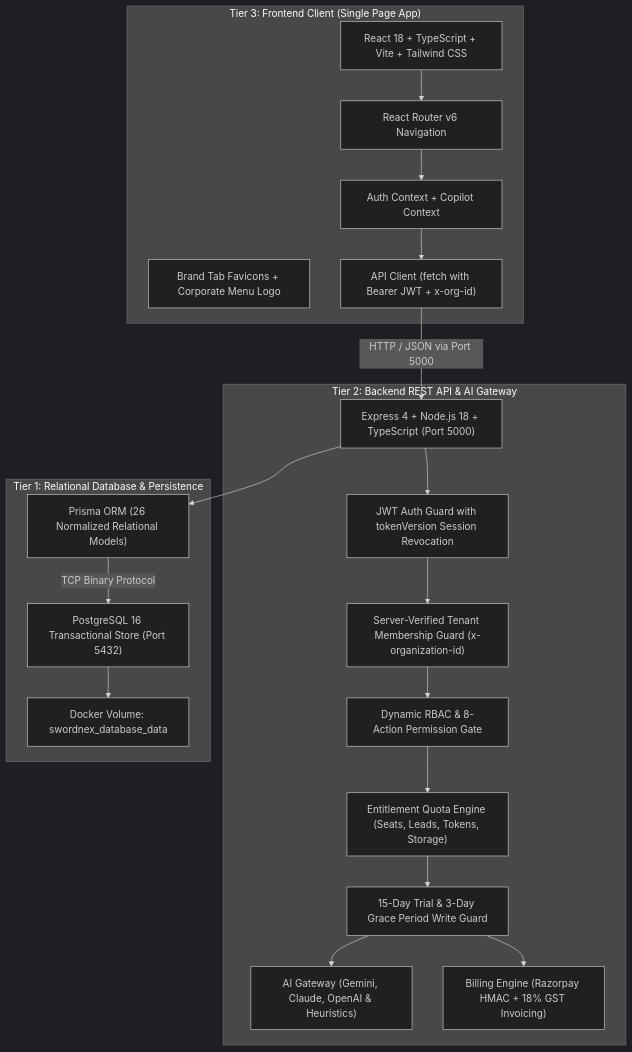
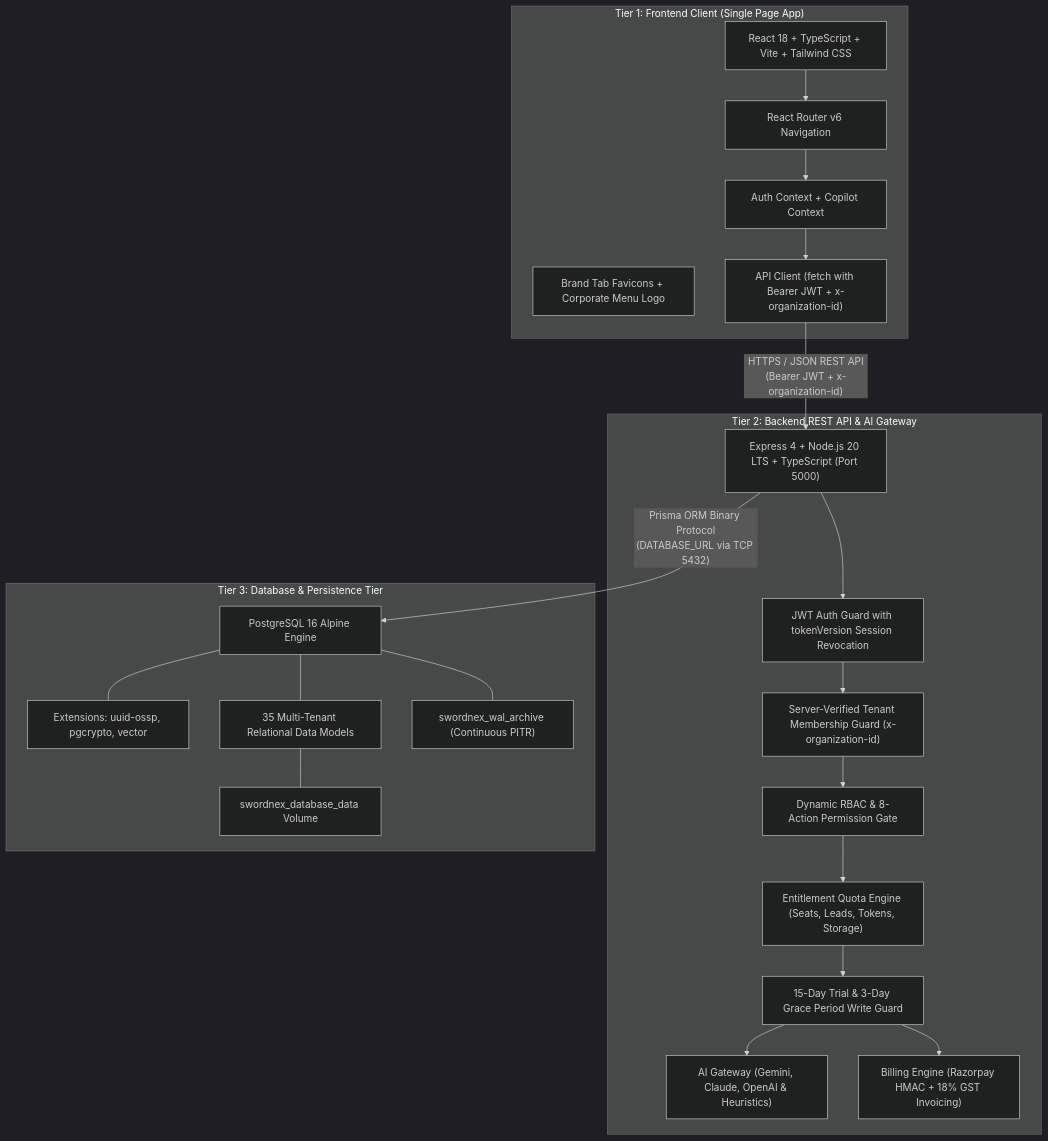
Before and after one commit to kajanajbudeen/SwordNex-CRM-: the diagram in docs/overall-system-documentation.md, drawn with Mermaid (dark theme). The commit also changed other lines of this file and 34 other files, not shown here.

````diff
--- a/docs/overall-system-documentation.md
+++ b/docs/overall-system-documentation.md
@@ -32,42 +31,48 @@
 ```mermaid
 graph TD
-    subgraph Tier_3_Frontend ["Tier 3: Frontend Client (Single Page App)"]
+    subgraph Tier_1_Frontend ["Tier 1: Frontend Client (Single Page App)"]
         UI["React 18 + TypeScript + Vite + Tailwind CSS"]
         Router["React Router v6 Navigation"]
         State["Auth Context + Copilot Context"]
         Assets["Brand Tab Favicons + Corporate Menu Logo"]
-        APIClient["API Client (fetch with Bearer JWT + x-org-id)"]
+        APIClient["API Client (fetch with Bearer JWT + x-organization-id)"]
     end
 
     subgraph Tier_2_Backend ["Tier 2: Backend REST API & AI Gateway"]
-        Server["Express 4 + Node.js 18 + TypeScript (Port 5000)"]
+        Server["Express 4 + Node.js 20 LTS + TypeScript (Port 5000)"]
         AuthMid["JWT Auth Guard with tokenVersion Session Revocation"]
         TenantMid["Server-Verified Tenant Membership Guard (x-organization-id)"]
         RBACMid["Dynamic RBAC & 8-Action Permission Gate"]
         EntitleMid["Entitlement Quota Engine (Seats, Leads, Tokens, Storage)"]
         SubMid["15-Day Trial & 3-Day Grace Period Write Guard"]
         AIGateway["AI Gateway (Gemini, Claude, OpenAI & Heuristics)"]
         BillingEng["Billing Engine (Razorpay HMAC + 18% GST Invoicing)"]
     end
 
-    subgraph Tier_1_Database ["Tier 1: Relational Database & Persistence"]
-        PG["PostgreSQL 16 Transactional Store (Port 5432)"]
-        Prisma["Prisma ORM (26 Normalized Relational Models)"]
-        Vol["Docker Volume: swordnex_database_data"]
+    subgraph Tier_3_Database ["Tier 3: Database & Persistence Tier"]
+        Postgres["PostgreSQL 16 Alpine Engine"]
+        Exts["Extensions: uuid-ossp, pgcrypto, vector"]
+        Models["35 Multi-Tenant Relational Data Models"]
+        Volume["swordnex_database_data Volume"]
+        WAL["swordnex_wal_archive (Continuous PITR)"]
     end
 
     UI --> Router
     Router --> State
     State --> APIClient
-    APIClient -->|HTTP / JSON via Port 5000| Server
+    APIClient -- "HTTPS / JSON REST API\n(Bearer JWT + x-organization-id)" --> Server
+
     Server --> AuthMid
     AuthMid --> TenantMid
     TenantMid --> RBACMid
     RBACMid --> EntitleMid
     EntitleMid --> SubMid
+    SubMid --> BillingEng
     SubMid --> AIGateway
-    SubMid --> BillingEng
-    Server --> Prisma
-    Prisma -->|TCP Binary Protocol| PG
-    PG --> Vol
+
+    Server -- "Prisma ORM Binary Protocol\n(DATABASE_URL via TCP 5432)" --> Postgres
+    Postgres --- Exts
+    Postgres --- Models
+    Models --- Volume
+    Postgres --- WAL
 ```
````
